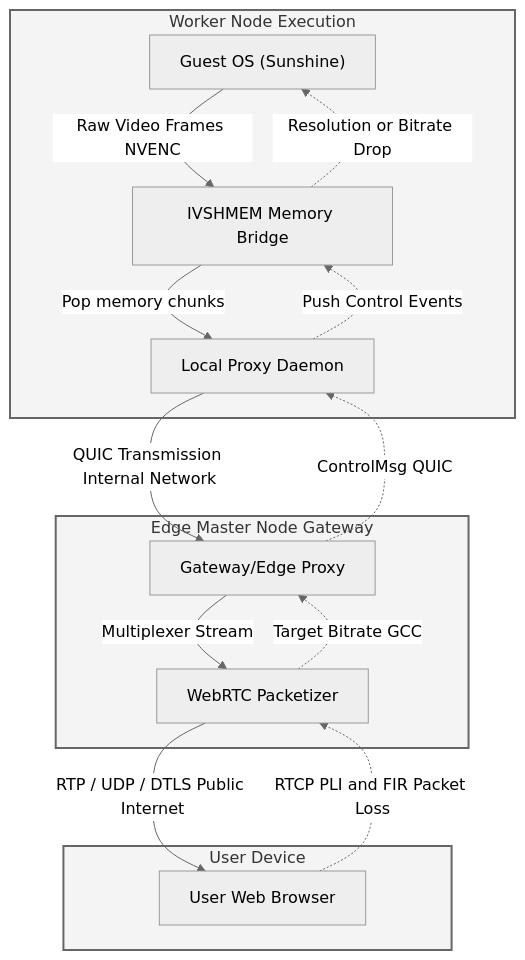
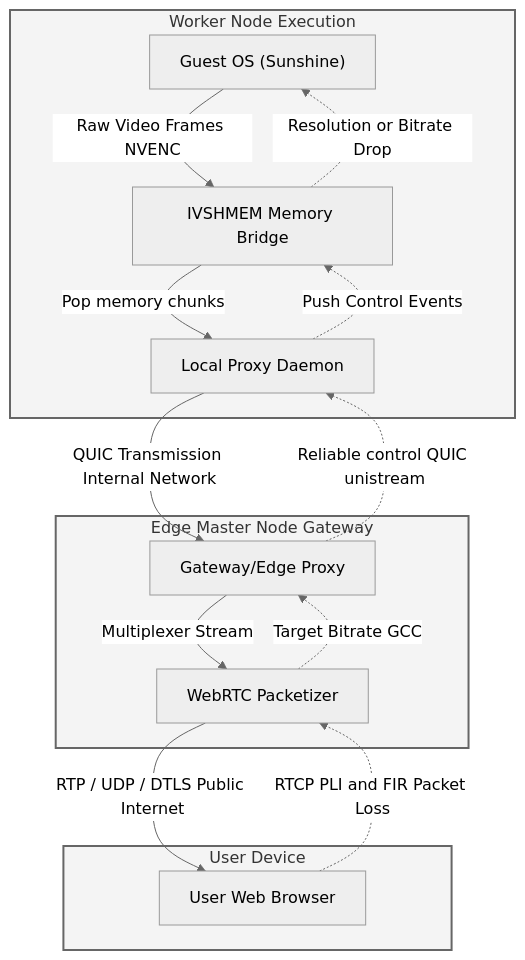
One commit to thinkonmay/thinkmay changed the first of 3 diagrams in docs/product/architecture/technical_doc.md. Above: the diagram before and after it, drawn with Mermaid (neutral theme). The commit also changed other lines of this file, not shown here.

````diff
--- a/docs/product/architecture/technical_doc.md
+++ b/docs/product/architecture/technical_doc.md
@@ -101,37 +101,37 @@
 ```mermaid
 graph TD
     classDef cluster fill:#f4f4f4,stroke:#666,stroke-width:2px;
 
     subgraph worker [Worker Node Execution]
         Guest["Guest OS (Sunshine)"]
         IVSHMEM["IVSHMEM Memory Bridge"]
         WorkerProxy["Local Proxy Daemon"]
     end
 
     subgraph edge [Edge Master Node Gateway]
         GatewayProxy["Gateway/Edge Proxy"]
         WebRTCFwd["WebRTC Packetizer"]
     end
 
     subgraph client [User Device]
         Browser["User Web Browser"]
     end
 
     %% Internal Data Capture
     Guest -->|Raw Video Frames NVENC| IVSHMEM
     IVSHMEM -->|Pop memory chunks| WorkerProxy
     
     %% Cross-Node Datacenter Routing
     WorkerProxy -->|QUIC Transmission Internal Network| GatewayProxy
     
     %% Packetization & Internet Transport
     GatewayProxy -->|Multiplexer Stream| WebRTCFwd
     WebRTCFwd -->|RTP / UDP / DTLS Public Internet| Browser
 
     %% Reverse Telemetry & Control (RTCP -> GCC -> IVSHMEM)
     Browser -.->|RTCP PLI and FIR Packet Loss| WebRTCFwd
     WebRTCFwd -.->|Target Bitrate GCC| GatewayProxy
-    GatewayProxy -.->|ControlMsg QUIC| WorkerProxy
+    GatewayProxy -.->|Reliable control QUIC unistream| WorkerProxy
     WorkerProxy -.->|Push Control Events| IVSHMEM
     IVSHMEM -.->|Resolution or Bitrate Drop| Guest
 ```
````
